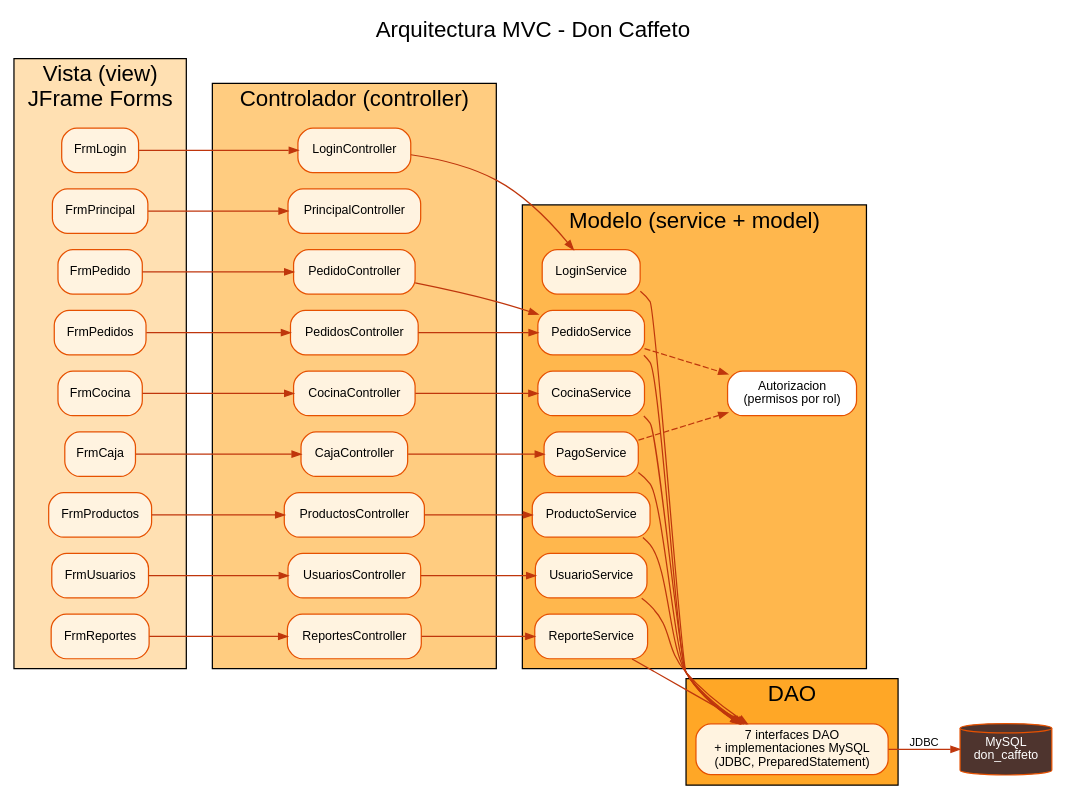
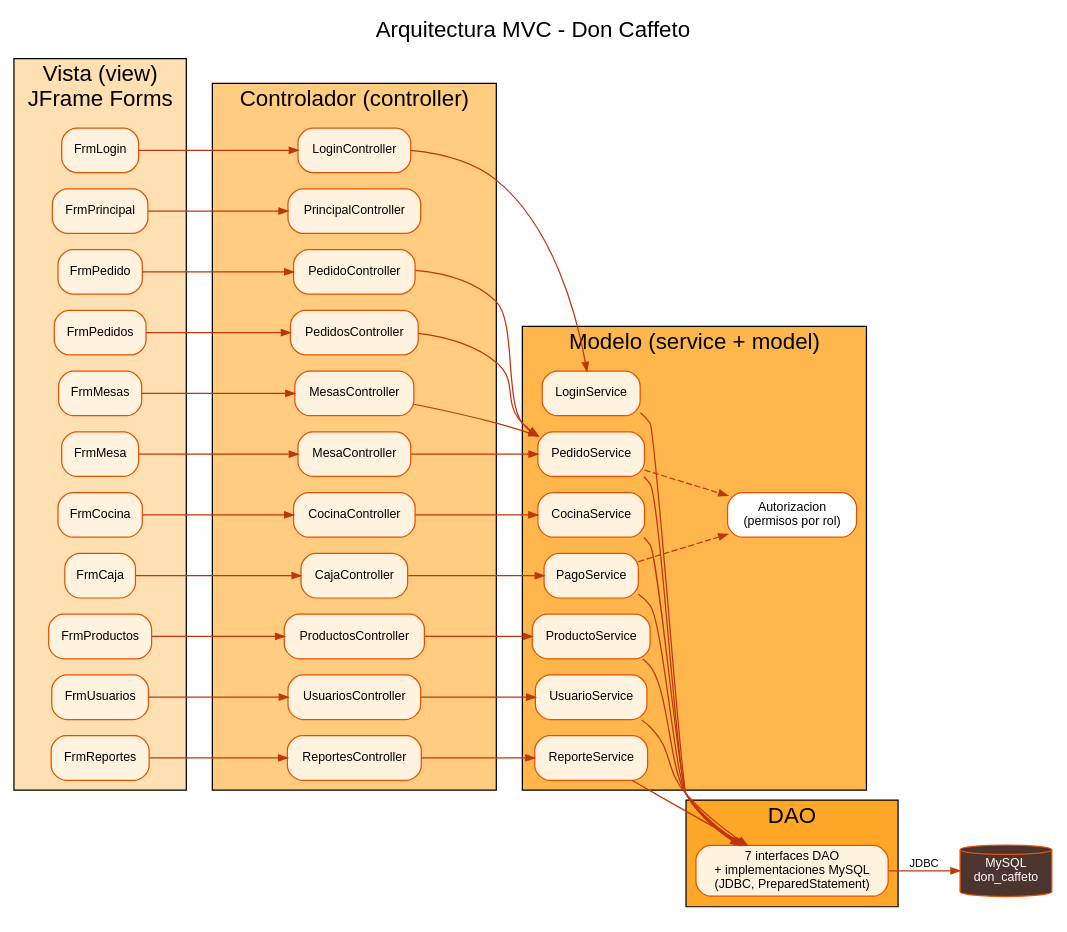
Before and after one commit to tonylee-ops/don-caffeto-apf3: the diagram in docs/diagramas/mvc.dot, drawn with Graphviz. The commit also changed 111 other files, not shown here.

```diff
--- a/docs/diagramas/mvc.dot
+++ b/docs/diagramas/mvc.dot
@@ -1,23 +1,23 @@
 digraph MVC {
   rankdir=LR; fontname="Helvetica"; label="Arquitectura MVC - Don Caffeto"; labelloc=t; fontsize=18; nodesep=0.18;
   node [shape=box, style="rounded,filled", fontname="Helvetica", fontsize=10, fillcolor="#FFF3E0", color="#E65100"];
   edge [color="#BF360C", fontname="Helvetica", fontsize=9, arrowsize=0.7];
   subgraph cluster_v { label="Vista (view)\nJFrame Forms"; style=filled; fillcolor="#FFE0B2";
-    FrmLogin; FrmPrincipal; FrmPedido; FrmPedidos; FrmCocina; FrmCaja; FrmProductos; FrmUsuarios; FrmReportes; }
+    FrmLogin; FrmPrincipal; FrmMesas; FrmMesa; FrmPedido; FrmPedidos; FrmCocina; FrmCaja; FrmProductos; FrmUsuarios; FrmReportes; }
   subgraph cluster_c { label="Controlador (controller)"; style=filled; fillcolor="#FFCC80";
-    LoginController; PrincipalController; PedidoController; PedidosController; CocinaController; CajaController;
+    LoginController; PrincipalController; MesasController; MesaController; PedidoController; PedidosController; CocinaController; CajaController;
     ProductosController; UsuariosController; ReportesController; }
   subgraph cluster_m { label="Modelo (service + model)"; style=filled; fillcolor="#FFB74D";
     Autorizacion [label="Autorizacion\n(permisos por rol)", fillcolor="#FFFFFF"];
     LoginService; PedidoService; CocinaService; PagoService; ProductoService; UsuarioService; ReporteService; }
   subgraph cluster_d { label="DAO"; style=filled; fillcolor="#FFA726";
     DAO [label="7 interfaces DAO\n+ implementaciones MySQL\n(JDBC, PreparedStatement)"]; }
   BD [shape=cylinder, fillcolor="#4E342E", fontcolor=white, label="MySQL\ndon_caffeto"];
-  FrmLogin -> LoginController; FrmPrincipal -> PrincipalController; FrmPedido -> PedidoController; FrmPedidos -> PedidosController;
+  FrmLogin -> LoginController; FrmPrincipal -> PrincipalController; FrmMesas -> MesasController; FrmMesa -> MesaController; FrmPedido -> PedidoController; FrmPedidos -> PedidosController;
   FrmCocina -> CocinaController; FrmCaja -> CajaController; FrmProductos -> ProductosController; FrmUsuarios -> UsuariosController; FrmReportes -> ReportesController;
-  LoginController -> LoginService; PedidoController -> PedidoService; PedidosController -> PedidoService; CocinaController -> CocinaService;
+  LoginController -> LoginService; MesasController -> PedidoService; MesaController -> PedidoService; PedidoController -> PedidoService; PedidosController -> PedidoService; CocinaController -> CocinaService;
   CajaController -> PagoService; ProductosController -> ProductoService; UsuariosController -> UsuarioService; ReportesController -> ReporteService;
   PedidoService -> Autorizacion [style=dashed]; PagoService -> Autorizacion [style=dashed];
   LoginService -> DAO; PedidoService -> DAO; CocinaService -> DAO; PagoService -> DAO; ProductoService -> DAO; UsuarioService -> DAO; ReporteService -> DAO;
   DAO -> BD [label="JDBC"];
 }
```
